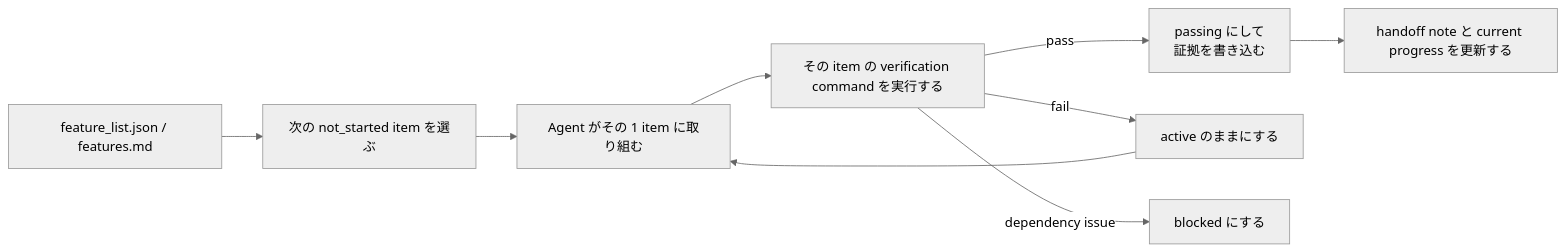
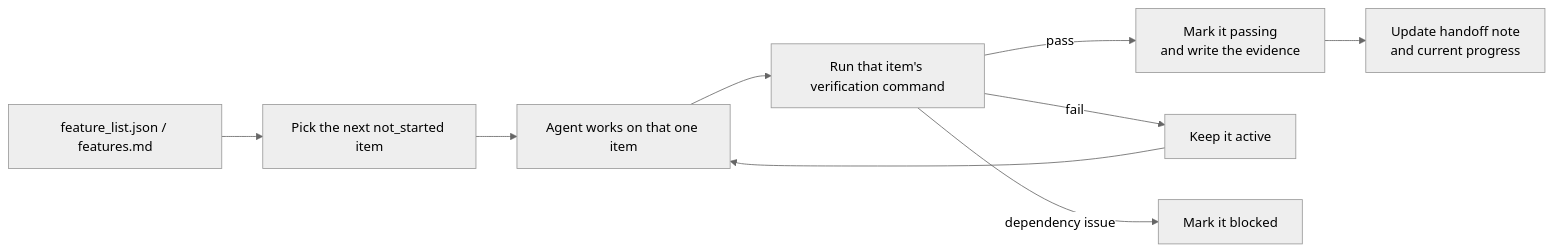
Before and after one commit to mkusaka/learn-harness-engineering: the second of 2 diagrams in docs/en/lectures/lecture-08-why-feature-lists-are-harness-primitives/index.md, drawn with Mermaid (neutral theme). The commit also changed other lines of this file and 684 other files, not shown here.

````diff
--- a/docs/en/lectures/lecture-08-why-feature-lists-are-harness-primitives/index.md
+++ b/docs/en/lectures/lecture-08-why-feature-lists-are-harness-primitives/index.md
@@ -40,11 +40,11 @@
 ```mermaid
 flowchart LR
-    List["feature_list.json / features.md"] --> Scheduler["次の not_started item を選ぶ"]
-    Scheduler --> Agent["Agent がその 1 item に取り組む"]
-    Agent --> Verifier["その item の verification command を実行する"]
-    Verifier -->|pass| Passing["passing にして<br/>証拠を書き込む"]
-    Verifier -->|fail| Active["active のままにする"]
-    Verifier -->|dependency issue| Blocked["blocked にする"]
-    Passing --> Handoff["handoff note と current progress を更新する"]
+    List["feature_list.json / features.md"] --> Scheduler["Pick the next not_started item"]
+    Scheduler --> Agent["Agent works on that one item"]
+    Agent --> Verifier["Run that item's verification command"]
+    Verifier -->|pass| Passing["Mark it passing<br/>and write the evidence"]
+    Verifier -->|fail| Active["Keep it active"]
+    Verifier -->|dependency issue| Blocked["Mark it blocked"]
+    Passing --> Handoff["Update handoff note<br/>and current progress"]
     Active --> Agent
 ```
````
